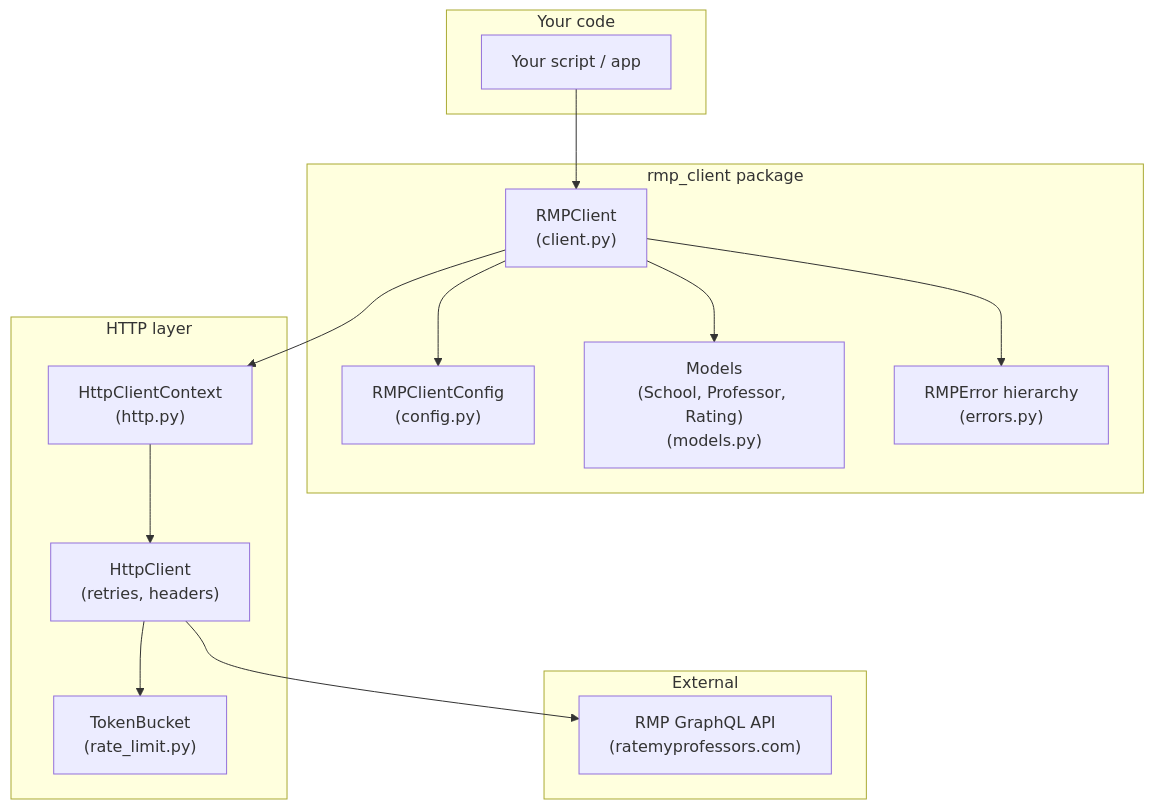
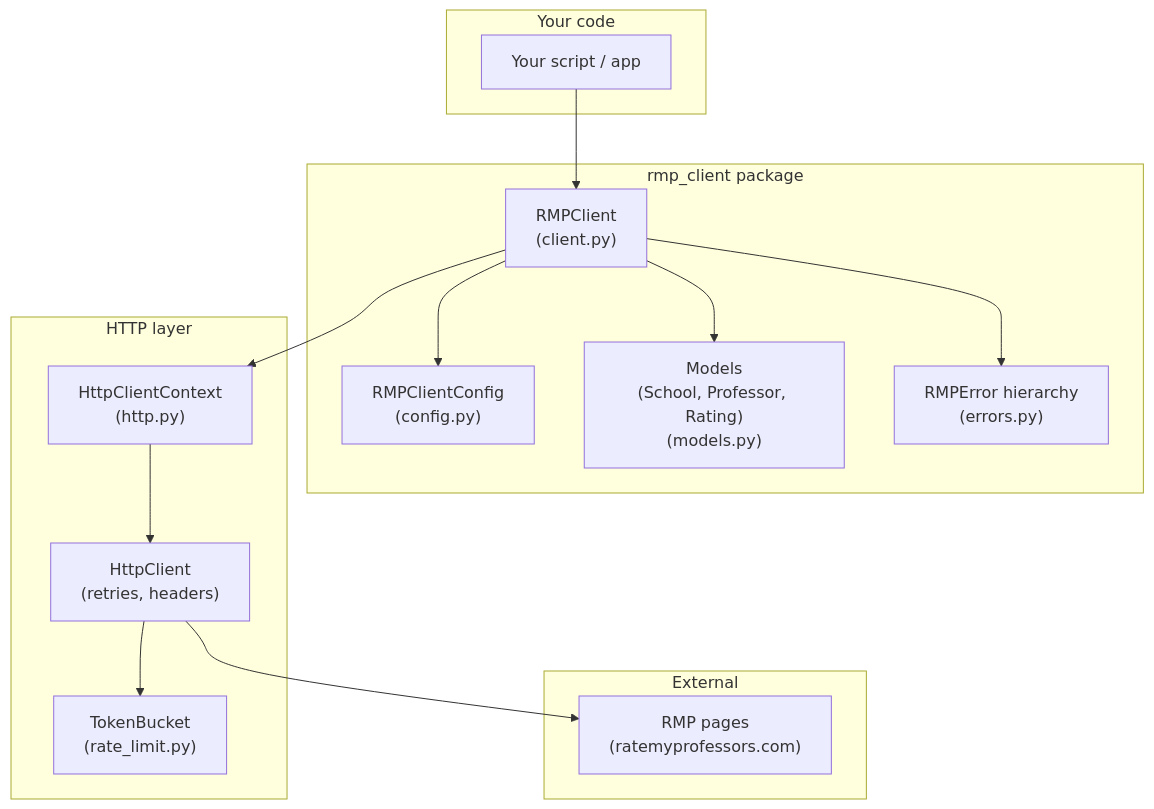
Before and after one commit to amaanjaved1/Rate-My-Professors-API-Client-Python: the first of 5 diagrams in README.md, drawn with Mermaid. The commit also changed other lines of this file and 8 other files, not shown here.

````diff
--- a/README.md
+++ b/README.md
@@ -51,32 +97,32 @@
 ```mermaid
 flowchart TB
     subgraph Your code
         User["Your script / app"]
     end
 
     subgraph rmp_client [rmp_client package]
         Client["RMPClient\n(client.py)"]
         Config["RMPClientConfig\n(config.py)"]
         Models["Models\n(School, Professor, Rating)\n(models.py)"]
         Errors["RMPError hierarchy\n(errors.py)"]
     end
 
     subgraph HTTP layer
         HttpCtx["HttpClientContext\n(http.py)"]
         Http["HttpClient\n(retries, headers)"]
         Bucket["TokenBucket\n(rate_limit.py)"]
     end
 
     subgraph External
-        API["RMP GraphQL API\n(ratemyprofessors.com)"]
+        RMP["RMP pages\n(ratemyprofessors.com)"]
     end
 
     User --> Client
     Client --> Config
     Client --> HttpCtx
     HttpCtx --> Http
     Http --> Bucket
-    Http --> API
+    Http --> RMP
     Client --> Models
     Client --> Errors
 ```
````
